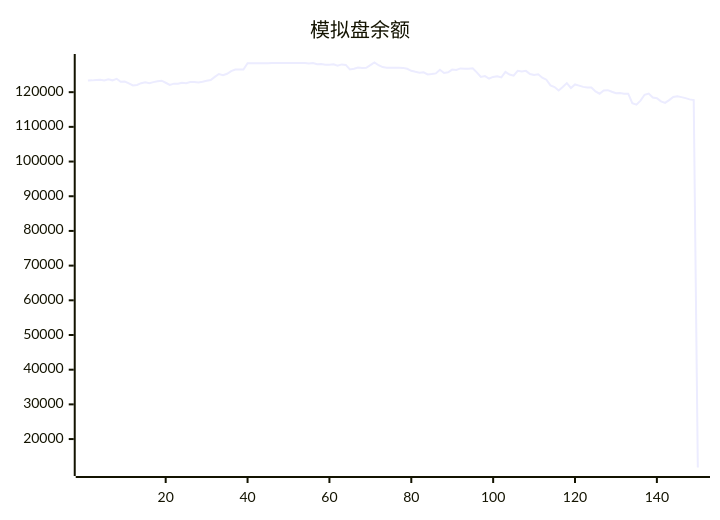
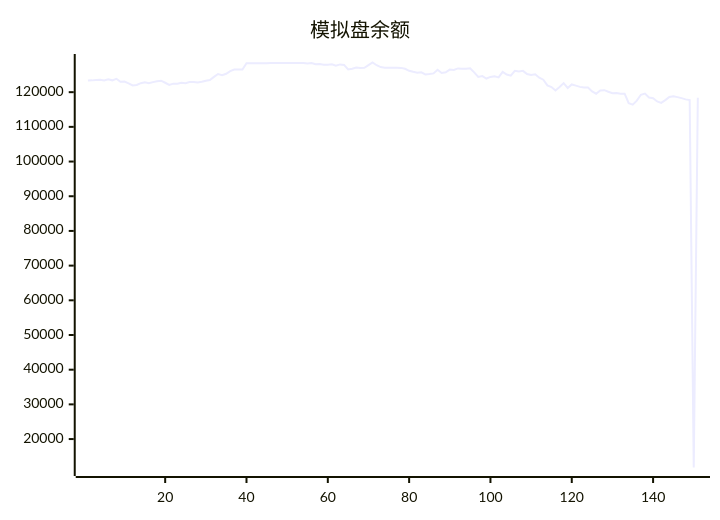
One commit to aahl/ai-trading changed the diagram in README.md. Above: the diagram before and after it, drawn with Mermaid. The commit also changed other lines of this file and 1 other file, not shown here.

````diff
--- a/README.md
+++ b/README.md
@@ -5,5 +5,5 @@
 ```mermaid
 xychart
     title "模拟盘余额"
-    line [123338,123402,123530,123592,123378,123745,123413,123853,123009,123040,122557,121938,122095,122599,122856,122597,122898,123160,123319,122719,122087,122454,122416,122685,122592,122907,122961,122776,122981,123295,123507,124403,125224,124894,125303,126088,126544,126534,126549,128335,128318,128318,128318,128318,128318,128424,128424,128424,128424,128424,128424,128424,128424,128424,128247,128412,128062,128087,127917,127901,128026,127611,128000,127850,126572,126770,127100,126971,127029,127783,128554,127765,127224,127064,127044,127009,127025,127004,126738,126152,125871,125635,125707,125117,125217,125420,126480,125545,125715,126511,126424,126856,126764,126788,126890,125710,124381,124632,123936,124402,124574,124256,125833,125070,124739,126154,125966,126145,125213,124943,125143,124157,123604,121959,121476,120476,121470,122610,121201,122221,121889,121522,121332,121344,120232,119559,120513,120577,120108,119680,119777,119572,119568,116839,116392,117573,119250,119585,118469,118277,117338,116897,117706,118628,118849,118579,118280,117926,117735,11802]
+    line [123338,123402,123530,123592,123378,123745,123413,123853,123009,123040,122557,121938,122095,122599,122856,122597,122898,123160,123319,122719,122087,122454,122416,122685,122592,122907,122961,122776,122981,123295,123507,124403,125224,124894,125303,126088,126544,126534,126549,128335,128318,128318,128318,128318,128318,128424,128424,128424,128424,128424,128424,128424,128424,128424,128247,128412,128062,128087,127917,127901,128026,127611,128000,127850,126572,126770,127100,126971,127029,127783,128554,127765,127224,127064,127044,127009,127025,127004,126738,126152,125871,125635,125707,125117,125217,125420,126480,125545,125715,126511,126424,126856,126764,126788,126890,125710,124381,124632,123936,124402,124574,124256,125833,125070,124739,126154,125966,126145,125213,124943,125143,124157,123604,121959,121476,120476,121470,122610,121201,122221,121889,121522,121332,121344,120232,119559,120513,120577,120108,119680,119777,119572,119568,116839,116392,117573,119250,119585,118469,118277,117338,116897,117706,118628,118849,118579,118280,117926,117735,11802,118373]
 ```
````
